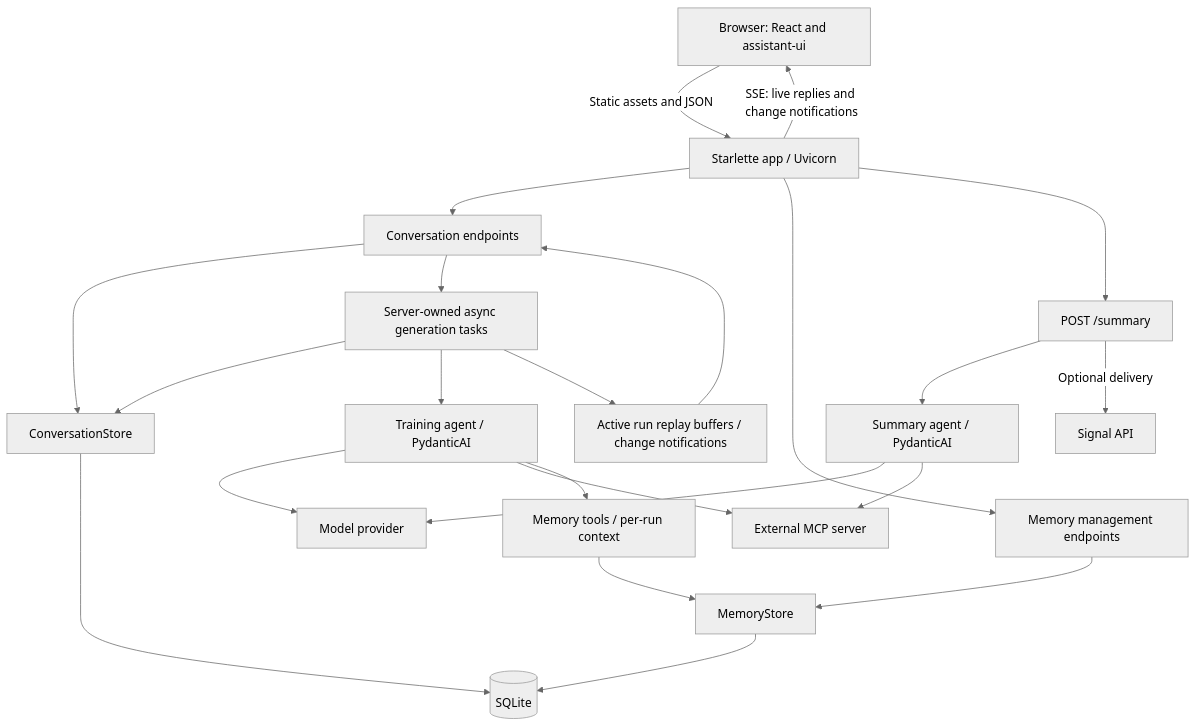
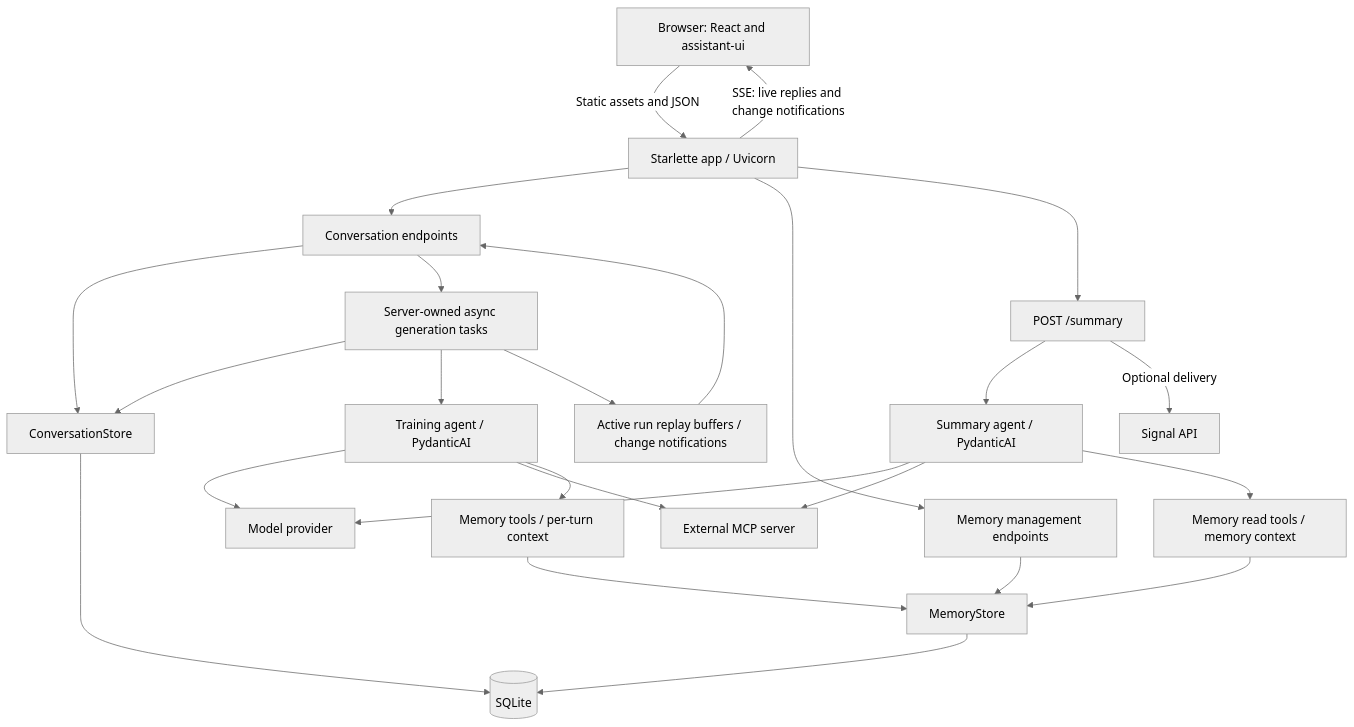
The first of 2 diagrams in docs/application-components.md (atorma/training-ai), drawn with Mermaid (neutral theme) before and after one commit. The commit also changed other lines of this file and 2 other files, not shown here.

````diff
--- a/docs/application-components.md
+++ b/docs/application-components.md
@@ -5,25 +5,27 @@
 ```mermaid
 flowchart TD
     Browser[Browser: React and assistant-ui] -->|Static assets and JSON| Web[Starlette app / Uvicorn]
     Web -->|SSE: live replies and change notifications| Browser
     Web --> Chat[Conversation endpoints]
     Chat --> Store[ConversationStore]
     Store --> DB[(SQLite)]
     Chat --> Tasks[Server-owned async generation tasks]
     Tasks --> Store
     Tasks --> Training[Training agent / PydanticAI]
     Tasks --> Events[Active run replay buffers / change notifications]
     Events --> Chat
     Training --> Provider[Model provider]
     Training --> MCP[External MCP server]
-    Training --> Memory[Memory tools / per-run context]
+    Training --> Memory[Memory tools / per-turn context]
     Web --> MemoryAPI[Memory management endpoints]
     MemoryAPI --> MemoryStore[MemoryStore]
     Memory --> MemoryStore
     MemoryStore --> DB
     Web --> Summary[POST /summary]
     Summary --> SummaryAgent[Summary agent / PydanticAI]
     SummaryAgent --> Provider
     SummaryAgent --> MCP
+    SummaryAgent --> MemoryRead[Memory read tools / memory context]
+    MemoryRead --> MemoryStore
     Summary -->|Optional delivery| Signal[Signal API]
 ```
````
